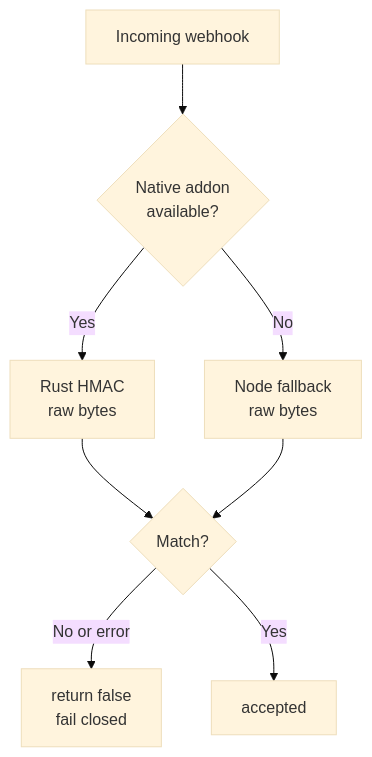
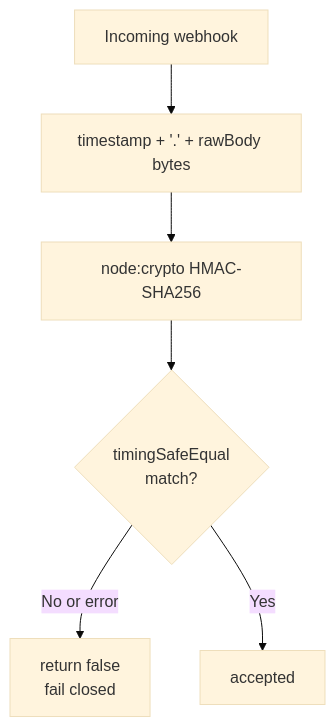
One commit to safetrustcr/backend-SafeTrust changed the second of 3 diagrams in docs/architecture/crate-boundaries.md. Above: the diagram before and after it, drawn with Mermaid (base theme). The commit also changed other lines of this file and 102 other files, not shown here.

First line of the commit message:
refactor(webhook): replace native rust addons with typescript

````diff
--- a/docs/architecture/crate-boundaries.md
+++ b/docs/architecture/crate-boundaries.md
@@ -139,10 +98,8 @@
 ```mermaid
 flowchart TD
-    A[Incoming webhook] --> B{Native addon\navailable?}
-    B -->|Yes| C[Rust HMAC\nraw bytes]
-    B -->|No| D[Node fallback\nraw bytes]
-    C --> E{Match?}
-    D --> E
+    A[Incoming webhook] --> B[timestamp + '.' + rawBody bytes]
+    B --> C[node:crypto HMAC-SHA256]
+    C --> E{timingSafeEqual\nmatch?}
     E -->|No or error| F[return false\nfail closed]
     E -->|Yes| G[accepted]
 ```
````
